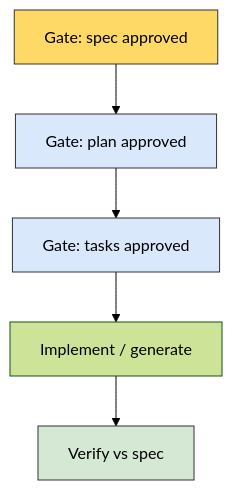
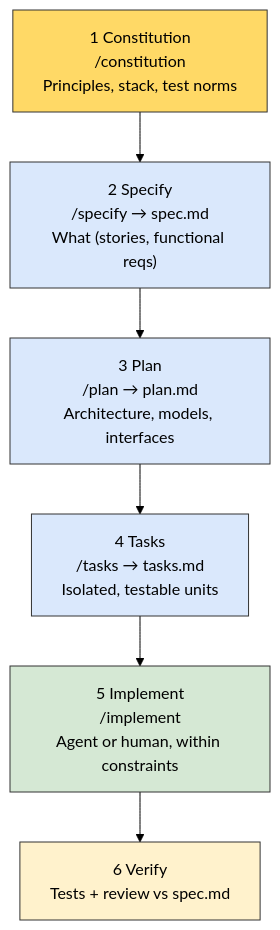
One commit to Swamy-s-Tech-Skills-Academy-2026/spec-driven-development-in-practice changed the diagram in src/notes/04_specs-as-contract-for-ai-agents.md. Above: the diagram before and after it, drawn with Mermaid (forest theme). The commit also changed other lines of this file and 1 other file, not shown here.

Commit message:
Add worked examples and detailed specifications for "Forgot Password" functionality in Acme Tasks

````diff
--- a/src/notes/04_specs-as-contract-for-ai-agents.md
+++ b/src/notes/04_specs-as-contract-for-ai-agents.md
@@ -63,11 +114,16 @@
 ```mermaid
 flowchart TD
-  G1[Gate: spec approved] --> G2[Gate: plan approved]
-  G2 --> G3[Gate: tasks approved]
-  G3 --> I[Implement / generate]
-  I --> V[Verify vs spec]
-  style G1 fill:#ffd966,stroke:#333,color:#000
-  style G2 fill:#dae8fc,stroke:#333,color:#000
-  style G3 fill:#dae8fc,stroke:#333,color:#000
-  style V fill:#d5e8d4,stroke:#333,color:#000
+  P1["1 Constitution<br/>/constitution<br/>Principles, stack, test norms"]
+  P2["2 Specify<br/>/specify → spec.md<br/>What (stories, functional reqs)"]
+  P3["3 Plan<br/>/plan → plan.md<br/>Architecture, models, interfaces"]
+  P4["4 Tasks<br/>/tasks → tasks.md<br/>Isolated, testable units"]
+  P5["5 Implement<br/>/implement<br/>Agent or human, within constraints"]
+  P6["6 Verify<br/>Tests + review vs spec.md"]
+  P1 --> P2 --> P3 --> P4 --> P5 --> P6
+  style P1 fill:#ffd966,stroke:#333,color:#000
+  style P2 fill:#dae8fc,stroke:#333,color:#000
+  style P3 fill:#dae8fc,stroke:#333,color:#000
+  style P4 fill:#dae8fc,stroke:#333,color:#000
+  style P5 fill:#d5e8d4,stroke:#333,color:#000
+  style P6 fill:#fff2cc,stroke:#333,color:#000
 ```
````
